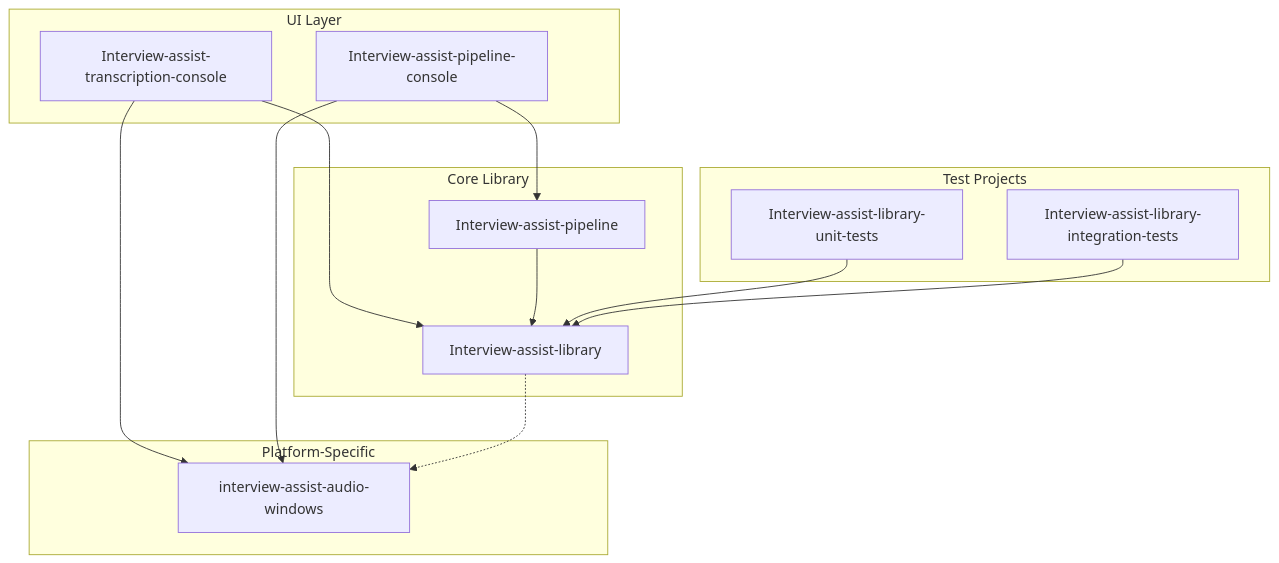
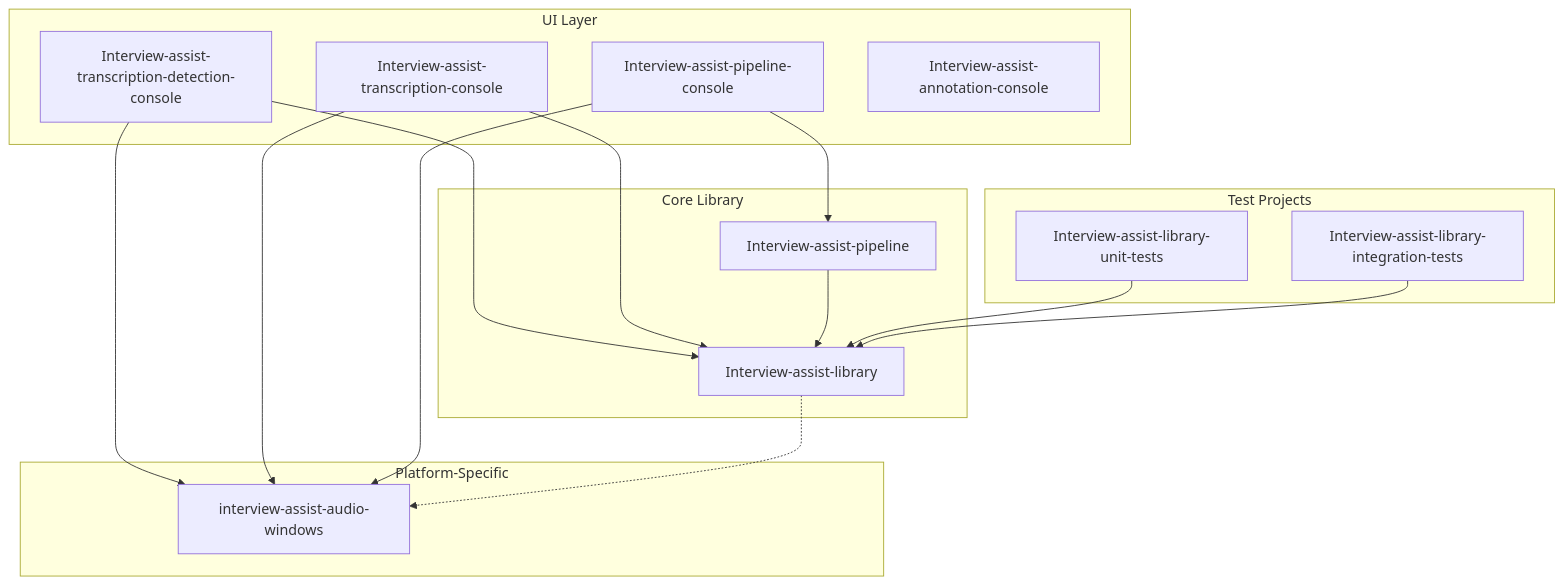
The second of 5 diagrams in documentation/docs/architecture/SAD.md (StephenDenisEdwards/interview-assist-2), drawn with Mermaid before and after one commit. The commit also changed other lines of this file and 3 other files, not shown here.

````diff
--- a/documentation/docs/architecture/SAD.md
+++ b/documentation/docs/architecture/SAD.md
@@ -109,30 +116,34 @@
 ```mermaid
 graph TB
     subgraph UI["UI Layer"]
+        DetectionConsole[Interview-assist-transcription-detection-console]
         TransConsole[Interview-assist-transcription-console]
         PipelineConsole[Interview-assist-pipeline-console]
+        AnnotationConsole[Interview-assist-annotation-console]
     end
 
     subgraph Core["Core Library"]
         Lib[Interview-assist-library]
         Pipeline[Interview-assist-pipeline]
     end
 
     subgraph Platform["Platform-Specific"]
         Audio[interview-assist-audio-windows]
     end
 
     subgraph Tests["Test Projects"]
         Unit[Interview-assist-library-unit-tests]
         Integration[Interview-assist-library-integration-tests]
     end
 
+    DetectionConsole --> Lib
+    DetectionConsole --> Audio
     TransConsole --> Lib
     TransConsole --> Audio
     PipelineConsole --> Pipeline
     PipelineConsole --> Audio
     Pipeline --> Lib
     Lib -.-> Audio
     Unit --> Lib
     Integration --> Lib
 ```
````
